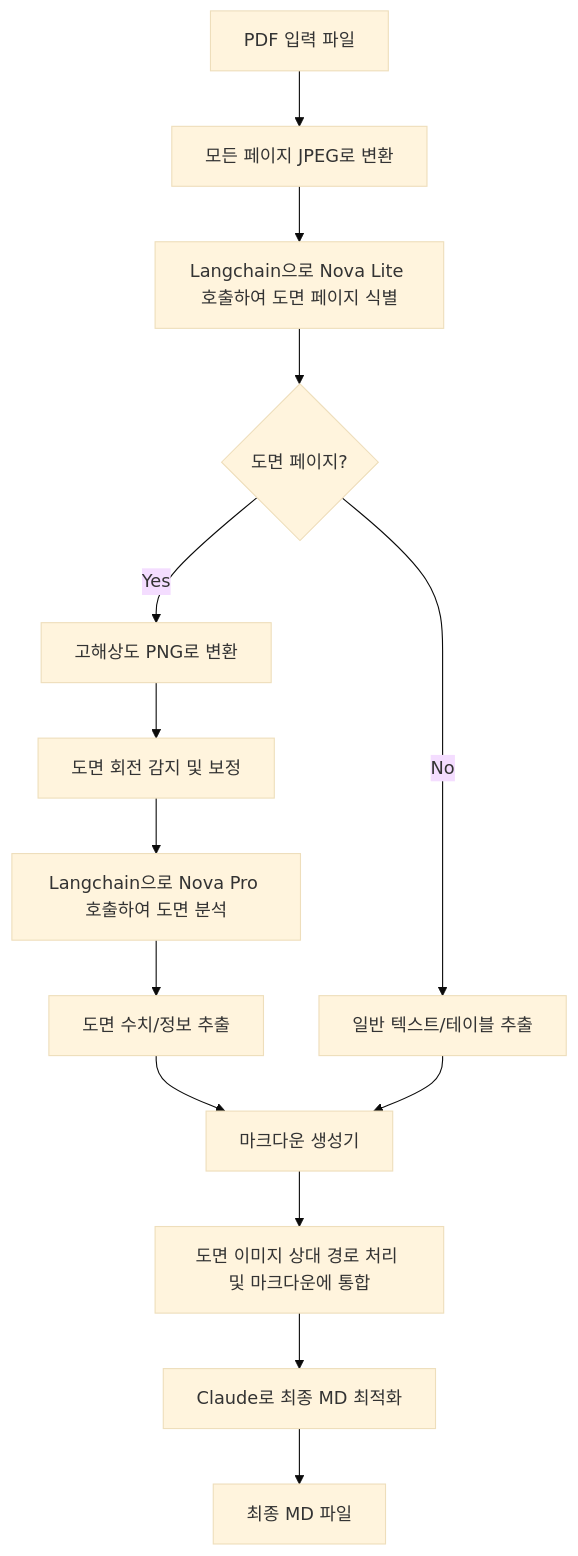
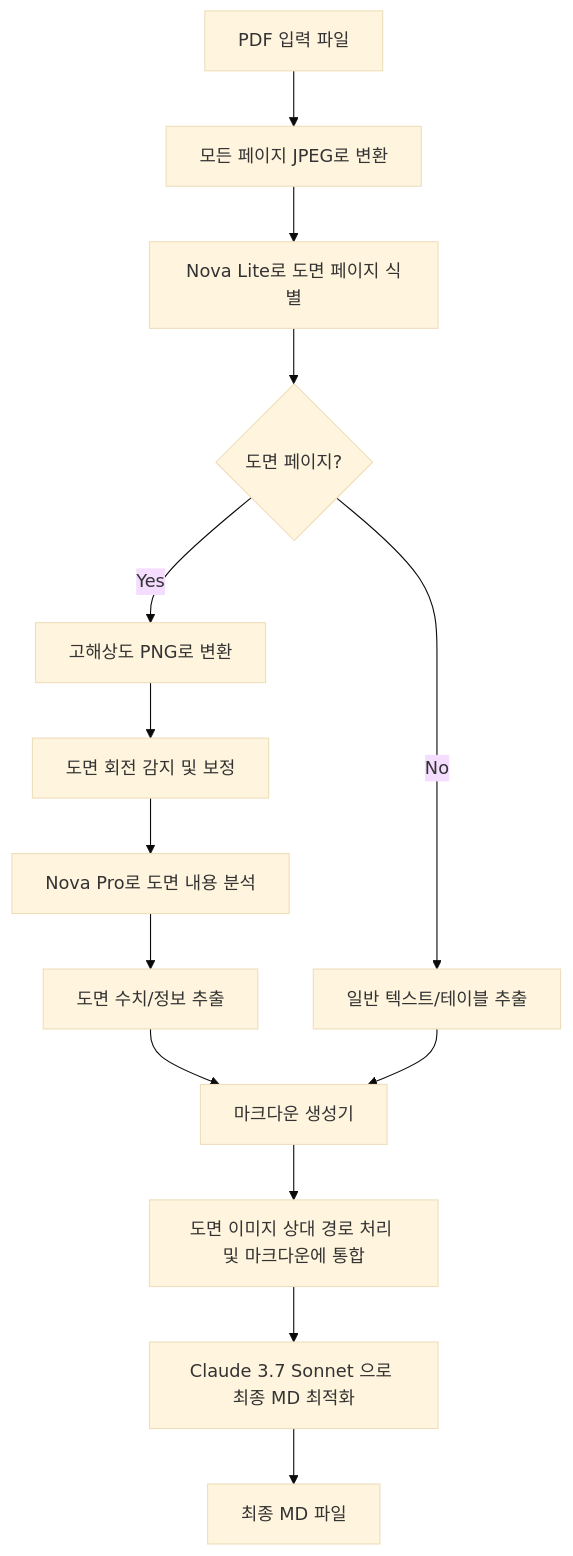
The diagram in README.md (jesamkim/diagram-parsing), drawn with Mermaid (base theme) before and after one commit. The commit also changed other lines of this file, not shown here.

````diff
--- a/README.md
+++ b/README.md
@@ -27,16 +59,16 @@
 ```mermaid
 graph TD
     A[PDF 입력 파일] --> B[모든 페이지 JPEG로 변환]
-    B --> C[Langchain으로 Nova Lite 호출하여 도면 페이지 식별]
+    B --> C[Nova Lite로 도면 페이지 식별]
     C --> D{도면 페이지?}
     D -- Yes --> E[고해상도 PNG로 변환]
     E --> F[도면 회전 감지 및 보정]
-    F --> G[Langchain으로 Nova Pro 호출하여 도면 분석]
+    F --> G[Nova Pro로 도면 내용 분석]
     G --> H[도면 수치/정보 추출]
     D -- No --> I[일반 텍스트/테이블 추출]
     H --> J[마크다운 생성기]
     I --> J
     J --> K[도면 이미지 상대 경로 처리 및 마크다운에 통합]
-    K --> L[Claude로 최종 MD 최적화]
+    K --> L[Claude 3.7 Sonnet 으로 최종 MD 최적화]
     L --> M[최종 MD 파일]
 ```
````
